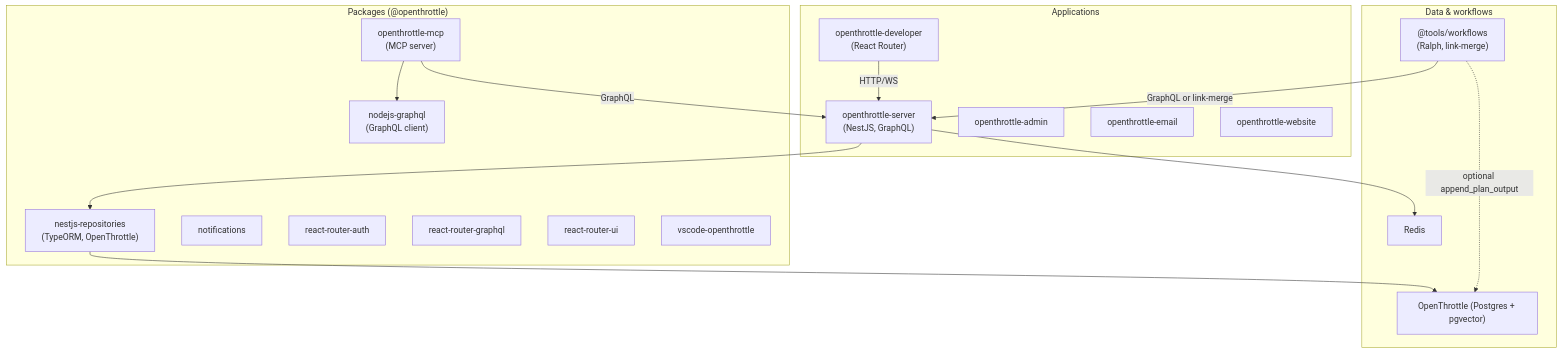
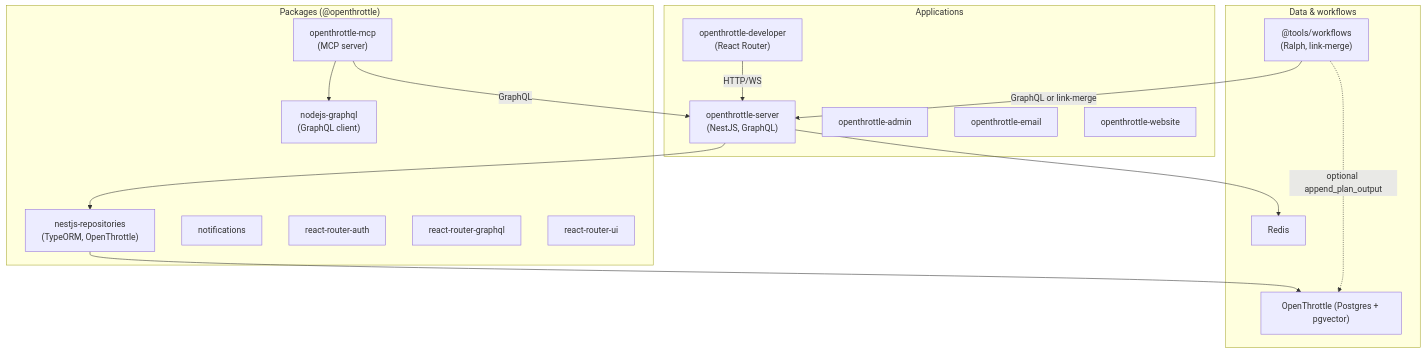
The first of 2 diagrams in docs/openthrottle/monorepo-architecture.md (OpenThrottle/monorepo), drawn with Mermaid before and after one commit. The commit also changed other lines of this file and 66 other files, not shown here.

````diff
--- a/docs/openthrottle/monorepo-architecture.md
+++ b/docs/openthrottle/monorepo-architecture.md
@@ -21,36 +21,35 @@
 ```mermaid
 flowchart TB
   subgraph Applications["Applications"]
     Server["openthrottle-server<br/>(NestJS, GraphQL)"]
     Developer["openthrottle-developer<br/>(React Router)"]
     Admin["openthrottle-admin"]
     Email["openthrottle-email"]
     Website["openthrottle-website"]
   end
 
   subgraph Packages["Packages (@openthrottle)"]
     MCP["openthrottle-mcp<br/>(MCP server)"]
     NodeGraphQL["nodejs-graphql<br/>(GraphQL client)"]
     NestRepos["nestjs-repositories<br/>(TypeORM, OpenThrottle)"]
     Notifications["notifications"]
     ReactRouterAuth["react-router-auth"]
     ReactRouterGraphQL["react-router-graphql"]
     ReactRouterUI["react-router-ui"]
-    VSCode["vscode-openthrottle"]
   end
 
   subgraph Data["Data & workflows"]
     OpenThrottle["OpenThrottle (Postgres + pgvector)"]
     Redis["Redis"]
     Workflows["@tools/workflows<br/>(Ralph, link-merge)"]
   end
 
   Developer -->|HTTP/WS| Server
   MCP -->|GraphQL| Server
   MCP --> NodeGraphQL
   Server --> NestRepos
   NestRepos --> OpenThrottle
   Server --> Redis
   Workflows -->|GraphQL or link-merge| Server
   Workflows -.->|optional append_plan_output| OpenThrottle
 ```
````
